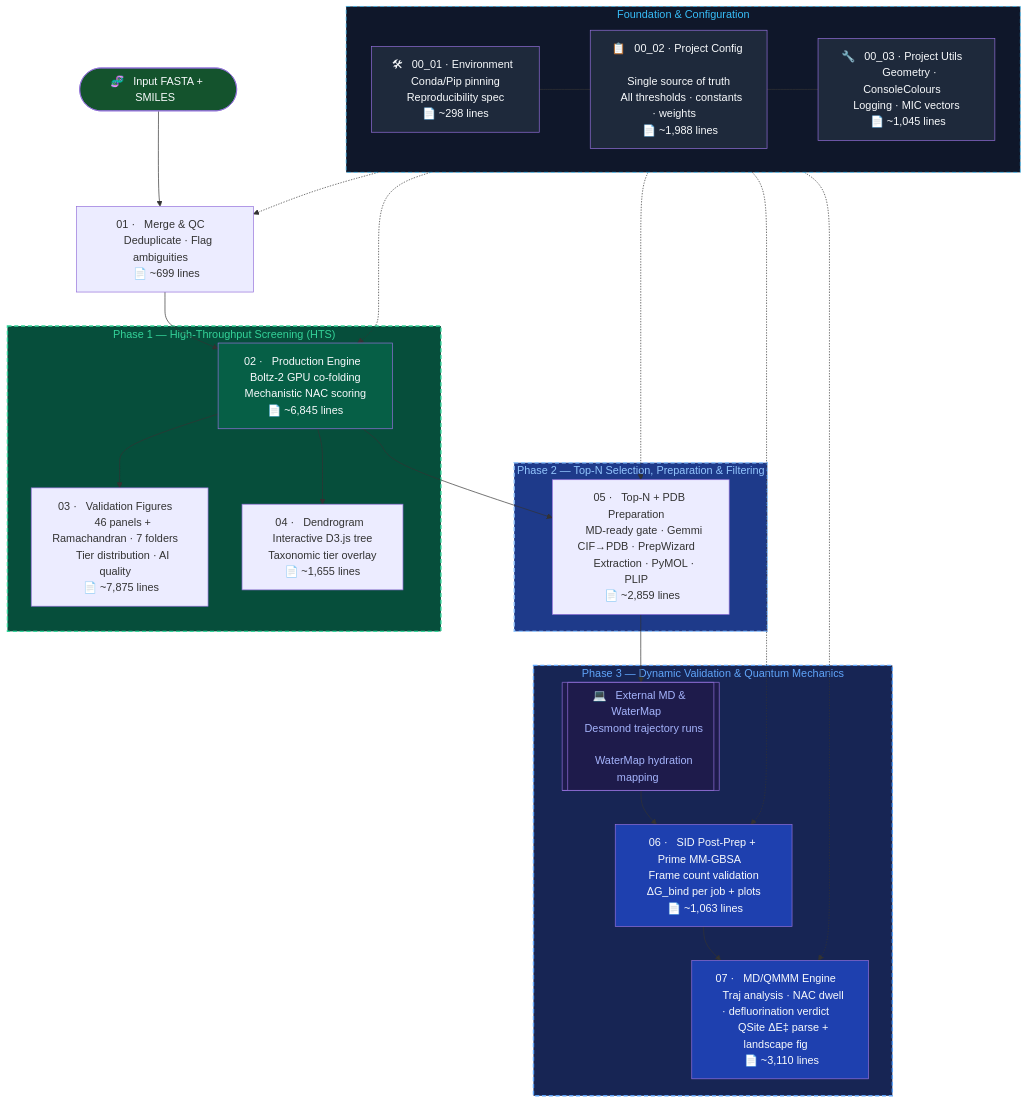
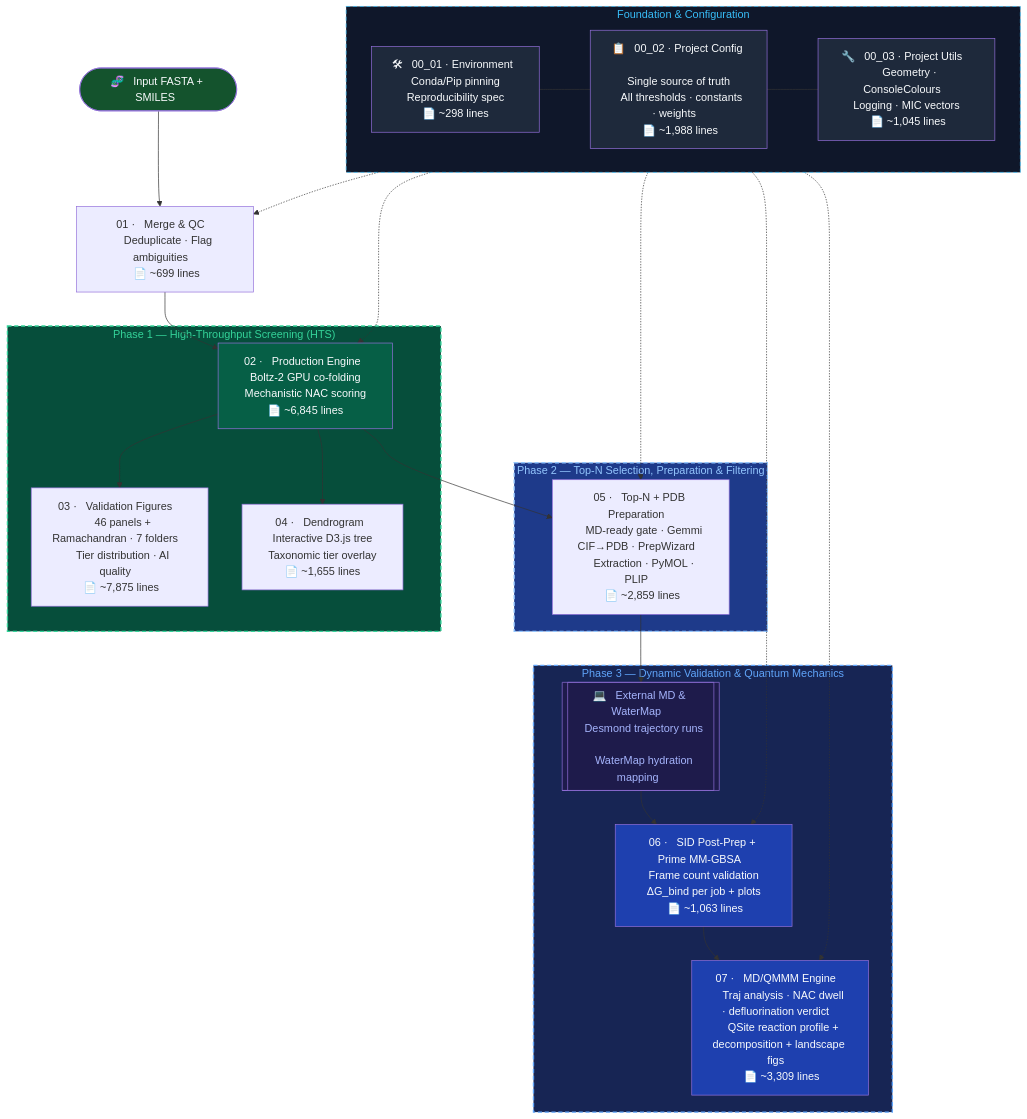
Before and after one commit to KU-MGB/DeFluorX: the diagram in README.md, drawn with Mermaid. The commit also changed other lines of this file and 1 other file, not shown here.

First line of the commit message:
feat(07): QM/MM reaction profile (C-F cleavage proof) + MM-GBSA reactive-state decomposition, both plotted

````diff
--- a/README.md
+++ b/README.md
@@ -189,56 +189,56 @@
 ```mermaid
 flowchart TD
     subgraph FOUNDATION["  Foundation & Configuration  "]
         ENV["🛠 &nbsp; 00_01 · Environment &nbsp; \n &nbsp; Conda/Pip pinning &nbsp; \n &nbsp; Reproducibility spec &nbsp; \n &nbsp; 📄 ~298 lines &nbsp; "]
         CFG["📋 &nbsp; 00_02 · Project Config &nbsp; \n &nbsp; Single source of truth &nbsp; \n &nbsp; All thresholds · constants · weights &nbsp; \n &nbsp; 📄 ~1,988 lines &nbsp; "]
         UTL["🔧 &nbsp; 00_03 · Project Utils &nbsp; \n &nbsp; Geometry · ConsoleColours &nbsp; \n &nbsp; Logging · MIC vectors &nbsp; \n &nbsp; 📄 ~1,045 lines &nbsp; "]
         ENV --- CFG --- UTL
     end
 
     START([🧬 &nbsp; Input FASTA + SMILES &nbsp;]) --> M1
     M1["01 · &nbsp; Merge & QC &nbsp; \n &nbsp; Deduplicate · Flag ambiguities &nbsp; \n &nbsp; 📄 ~699 lines &nbsp; "] --> M2
 
     subgraph PHASE1["  Phase 1 — High-Throughput Screening (HTS)  "]
         M2["02 · &nbsp; Production Engine &nbsp; \n &nbsp; Boltz-2 GPU co-folding &nbsp; \n &nbsp; Mechanistic NAC scoring &nbsp; \n &nbsp; 📄 ~6,845 lines &nbsp; "]
         M3["03 · &nbsp; Validation Figures &nbsp; \n &nbsp; 46 panels + Ramachandran · 7 folders &nbsp; \n &nbsp; Tier distribution · AI quality &nbsp; \n &nbsp; 📄 ~7,875 lines &nbsp; "]
         M4["04 · &nbsp; Dendrogram &nbsp; \n &nbsp; Interactive D3.js tree &nbsp; \n &nbsp; Taxonomic tier overlay &nbsp; \n &nbsp; 📄 ~1,655 lines &nbsp; "]
         M2 --> M3
         M2 --> M4
     end
 
     M2 --> M5
 
     subgraph PHASE2["  Phase 2 — Top-N Selection, Preparation & Filtering  "]
         M5["05 · &nbsp; Top-N + PDB Preparation &nbsp; \n &nbsp; MD-ready gate · Gemmi CIF→PDB · PrepWizard &nbsp; \n &nbsp; Extraction · PyMOL · PLIP &nbsp; \n &nbsp; 📄 ~2,859 lines &nbsp; "]
     end
 
     M5 --> EXT_MD
 
     subgraph PHASE3["  Phase 3 — Dynamic Validation & Quantum Mechanics  "]
         EXT_MD[["💻 &nbsp; External MD & WaterMap &nbsp; \n &nbsp; Desmond trajectory runs &nbsp; \n &nbsp; WaterMap hydration mapping &nbsp;"]]
         M6["06 · &nbsp; SID Post-Prep + Prime MM-GBSA &nbsp; \n &nbsp; Frame count validation &nbsp; \n &nbsp; ΔG_bind per job + plots &nbsp; \n &nbsp; 📄 ~1,063 lines &nbsp; "]
-        M7["07 · &nbsp; MD/QMMM Engine &nbsp; \n &nbsp; Traj analysis · NAC dwell · defluorination verdict &nbsp; \n &nbsp; QSite ΔE‡ parse + landscape fig &nbsp; \n &nbsp; 📄 ~3,110 lines &nbsp; "]
+        M7["07 · &nbsp; MD/QMMM Engine &nbsp; \n &nbsp; Traj analysis · NAC dwell · defluorination verdict &nbsp; \n &nbsp; QSite reaction profile + decomposition + landscape figs &nbsp; \n &nbsp; 📄 ~3,309 lines &nbsp; "]
         EXT_MD --> M6 --> M7
     end
 
     %% Dependencies
     FOUNDATION -.-> M1
     FOUNDATION -.-> M2
     FOUNDATION -.-> M5
     FOUNDATION -.-> M6
     FOUNDATION -.-> M7
 
     style FOUNDATION fill:#0f172a,color:#38bdf8,stroke:#38bdf8
     style CFG fill:#1e293b,color:#f8fafc
     style UTL fill:#1e293b,color:#f8fafc
     style ENV fill:#1e293b,color:#f8fafc
     style PHASE1 fill:#064e3b,color:#34d399,stroke:#34d399,stroke-width:2px,stroke-dasharray: 6 4
     style PHASE2 fill:#1e3a8a,color:#93c5fd,stroke:#93c5fd,stroke-width:2px,stroke-dasharray: 6 4
     style PHASE3 fill:#172554,color:#60a5fa,stroke:#60a5fa,stroke-width:2px,stroke-dasharray: 6 4
     style FOUNDATION stroke-dasharray: 6 4
     style M2 fill:#065f46,color:#f8fafc
     style M6 fill:#1e40af,color:#f8fafc
     style M7 fill:#1e40af,color:#f8fafc
     style START fill:#14532d,color:#f8fafc
     style EXT_MD fill:#1e1b4b,color:#a5b4fc
 ```
````
